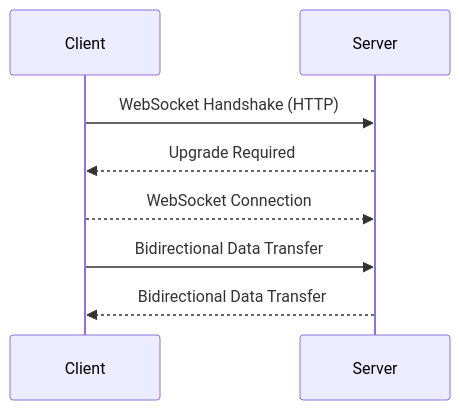
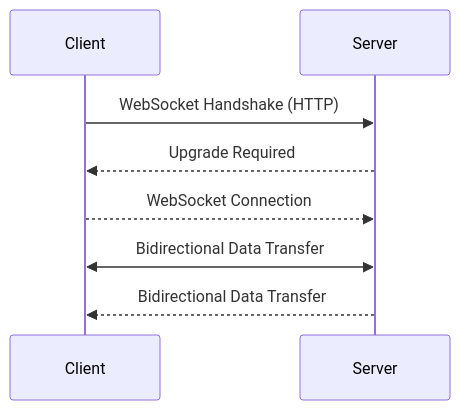
One commit to gitairman/websockets-article changed the first of 2 diagrams in README.md. Above: the diagram before and after it, drawn with Mermaid.

````diff
--- a/README.md
+++ b/README.md
@@ -7,11 +7,11 @@
 ```mermaid
 sequenceDiagram
     participant Client
     participant Server
 
     Client ->> Server: WebSocket Handshake (HTTP)
     Server -->> Client: Upgrade Required
     Client -->> Server: WebSocket Connection
-    Client ->> Server: Bidirectional Data Transfer
+    Client <<->> Server: Bidirectional Data Transfer
     Server -->> Client: Bidirectional Data Transfer
 ```
````
